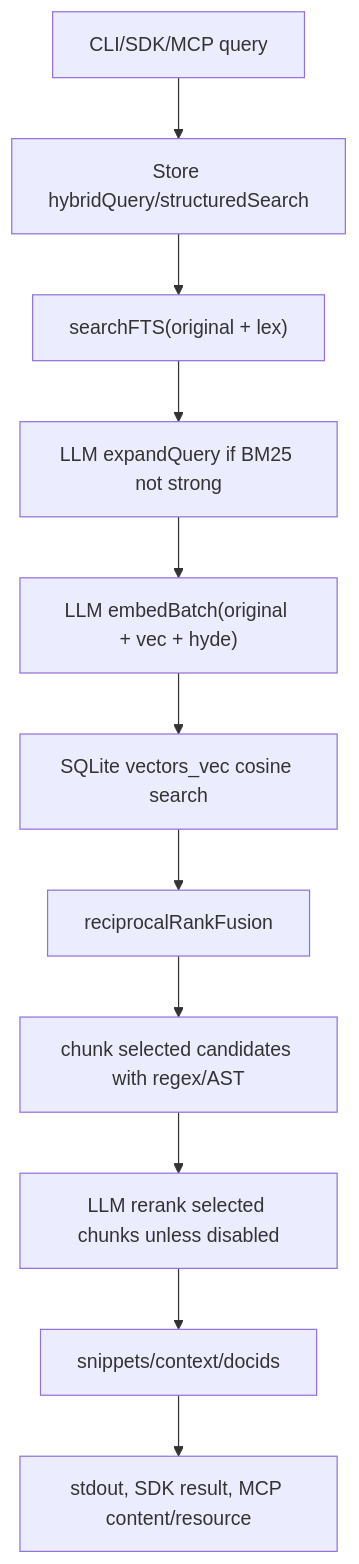
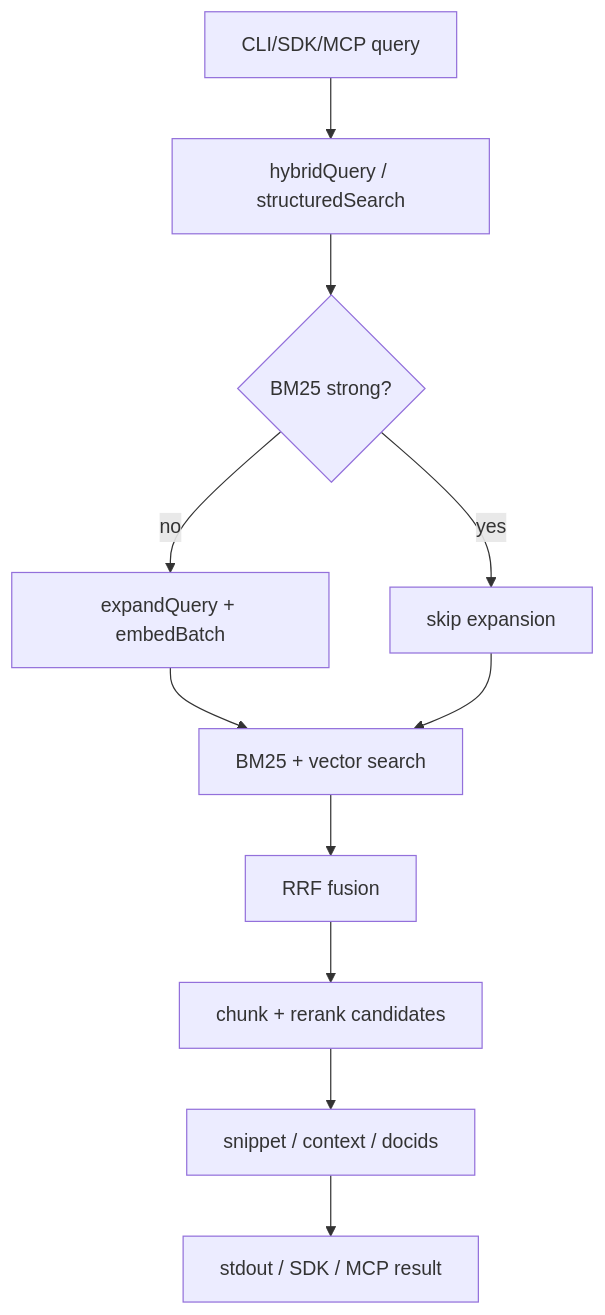
The second of 3 diagrams in docs/experiments/001-understanding-codebase/workers/synthesizer/output/architecture.md (sagarsrc/qmd-fork), drawn with Mermaid before and after one commit. The commit also changed other lines of this file and 4 other files, not shown here.

First line of the commit message:
docs: compact all mermaid diagrams vertically

````diff
--- a/docs/experiments/001-understanding-codebase/workers/synthesizer/output/architecture.md
+++ b/docs/experiments/001-understanding-codebase/workers/synthesizer/output/architecture.md
@@ -71,13 +71,13 @@
 ```mermaid
 flowchart TD
-    A["CLI/SDK/MCP query"] --> B["Store hybridQuery/structuredSearch"]
-    B --> C["searchFTS(original + lex)"]
-    C --> D["LLM expandQuery if BM25 not strong"]
-    D --> E["LLM embedBatch(original + vec + hyde)"]
-    E --> F["SQLite vectors_vec cosine search"]
-    F --> G["reciprocalRankFusion"]
-    G --> H["chunk selected candidates with regex/AST"]
-    H --> I["LLM rerank selected chunks unless disabled"]
-    I --> J["snippets/context/docids"]
-    J --> K["stdout, SDK result, MCP content/resource"]
+    A["CLI/SDK/MCP query"] --> B["hybridQuery / structuredSearch"]
+    B --> C{"BM25 strong?"}
+    C -->|no| D["expandQuery + embedBatch"]
+    C -->|yes| E["skip expansion"]
+    D --> F["BM25 + vector search"]
+    E --> F
+    F --> G["RRF fusion"]
+    G --> H["chunk + rerank candidates"]
+    H --> I["snippet / context / docids"]
+    I --> J["stdout / SDK / MCP result"]
 ```
````
